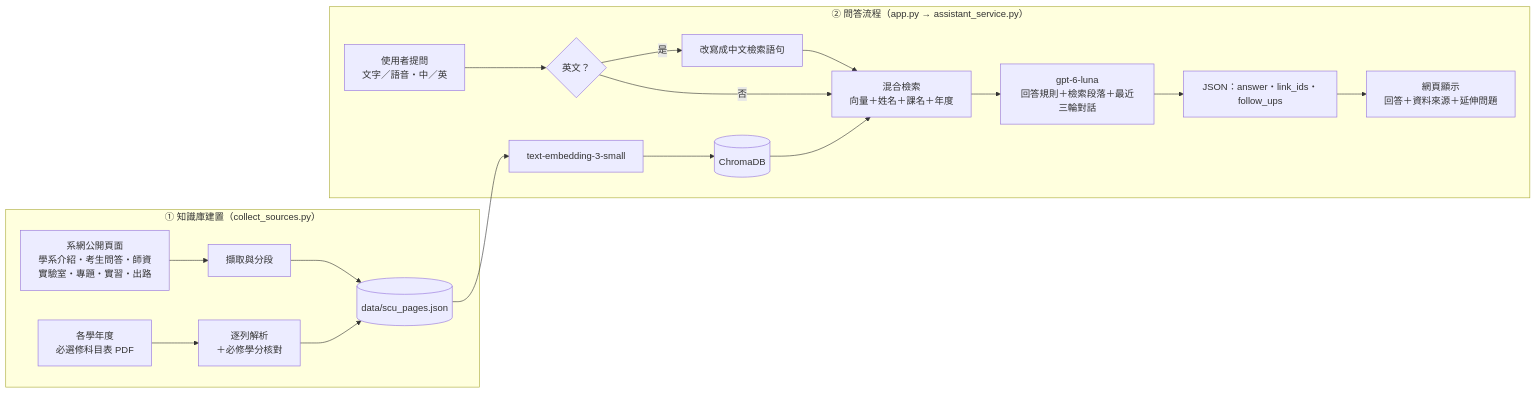
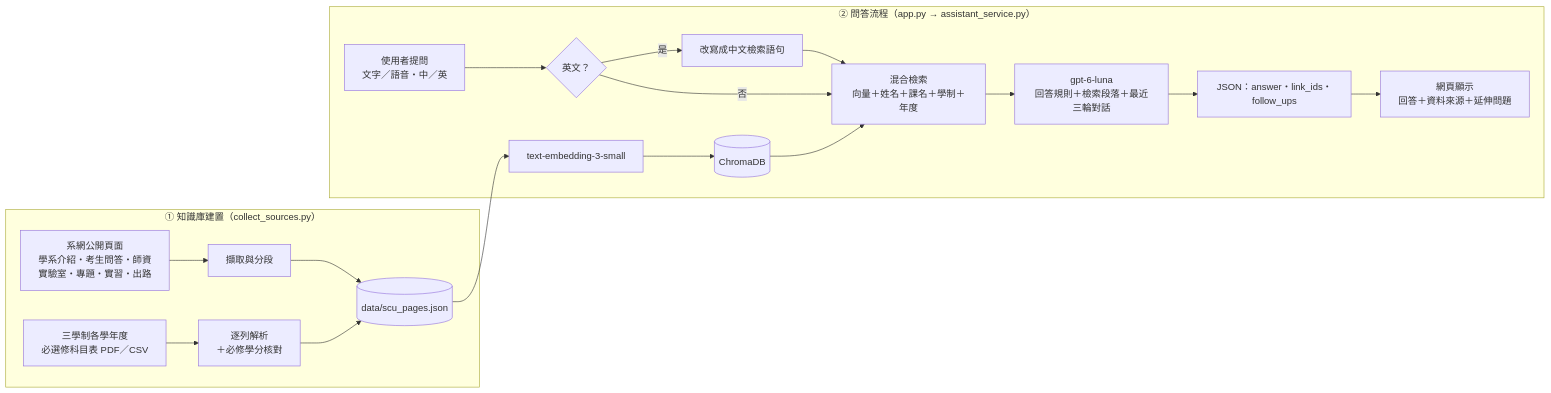
One commit to wei4211/scu-qa changed the diagram in README.md. Above: the diagram before and after it, drawn with Mermaid. The commit also changed other lines of this file and 26 other files, not shown here.

````diff
--- a/README.md
+++ b/README.md
@@ -114,20 +116,20 @@
 ```mermaid
 flowchart LR
     subgraph KB["① 知識庫建置（collect_sources.py）"]
         A["系網公開頁面<br/>學系介紹・考生問答・師資<br/>實驗室・專題・實習・出路"] --> B["擷取與分段"]
-        P["各學年度<br/>必選修科目表 PDF"] --> Q["逐列解析<br/>＋必修學分核對"]
+        P["三學制各學年度<br/>必選修科目表 PDF／CSV"] --> Q["逐列解析<br/>＋必修學分核對"]
         B --> C[("data/scu_pages.json")]
         Q --> C
     end
 
     subgraph QA["② 問答流程（app.py → assistant_service.py）"]
         U["使用者提問<br/>文字／語音・中／英"] --> T{"英文？"}
         T -- 是 --> TR["改寫成中文檢索語句"] --> R
-        T -- 否 --> R["混合檢索<br/>向量＋姓名＋課名＋年度"]
+        T -- 否 --> R["混合檢索<br/>向量＋姓名＋課名＋學制＋年度"]
         C --> E["text-embedding-3-small"] --> V[("ChromaDB")]
         V --> R
         R --> G["gpt-6-luna<br/>回答規則＋檢索段落＋最近三輪對話"]
         G --> O["JSON：answer・link_ids・follow_ups"]
         O --> W["網頁顯示<br/>回答＋資料來源＋延伸問題"]
     end
 ```
````
